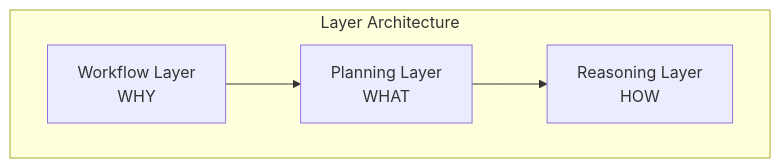
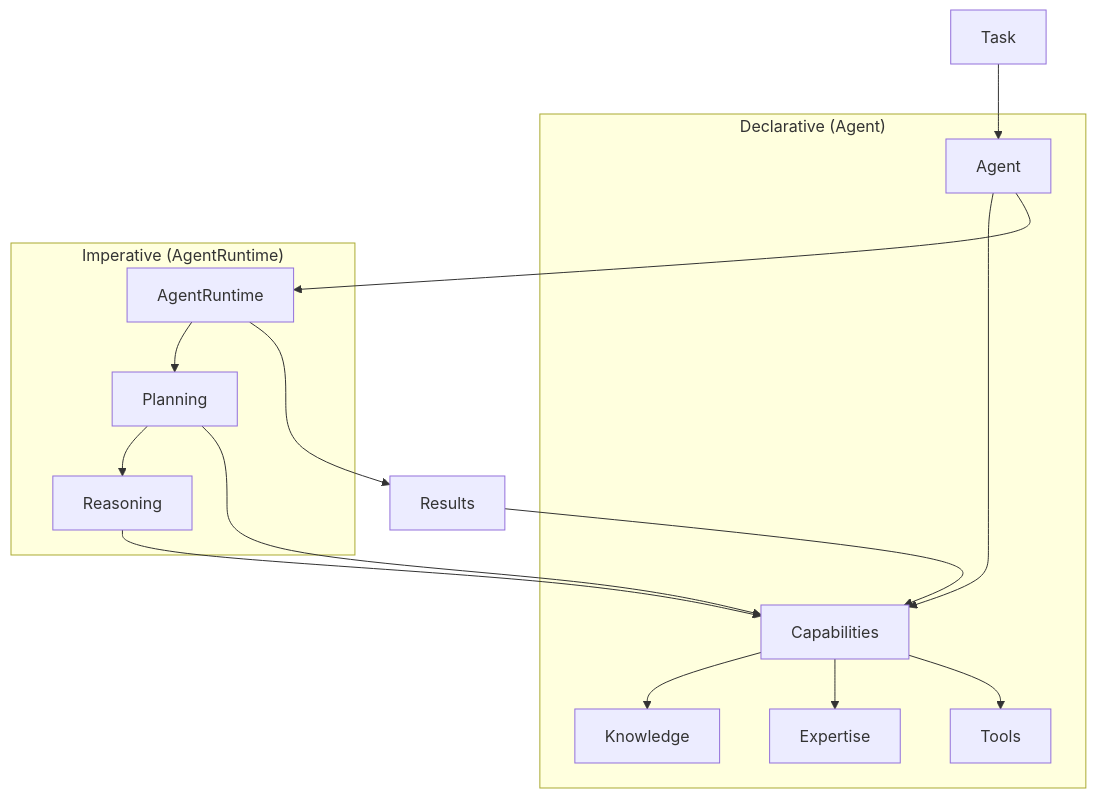
One commit to aitomatic/dana changed the diagram in README.md. Above: the diagram before and after it, drawn with Mermaid. The commit also changed other lines of this file and 7 other files, not shown here.

First line of the commit message:
Update OpenDXA architecture and documentation

````diff
--- a/README.md
+++ b/README.md
@@ -49,8 +62,21 @@
 ```mermaid
 graph TB
-    subgraph "Layer Architecture"
-        direction LR
-        W[Workflow Layer<br>WHY] --> P[Planning Layer<br>WHAT]
-        P --> R[Reasoning Layer<br>HOW]
+    subgraph "Declarative (Agent)"
+        A[Agent] --> C[Capabilities]
+        C --> K[Knowledge]
+        C --> E[Expertise]
+        C --> T[Tools]
     end
+
+    subgraph "Imperative (AgentRuntime)"
+        AR[AgentRuntime] --> P[Planning]
+        P --> R[Reasoning]
+        P --> C
+        R --> C
+    end
+
+    Task --> A
+    A --> AR
+    AR --> Results
+    Results --> C
 ```
````
